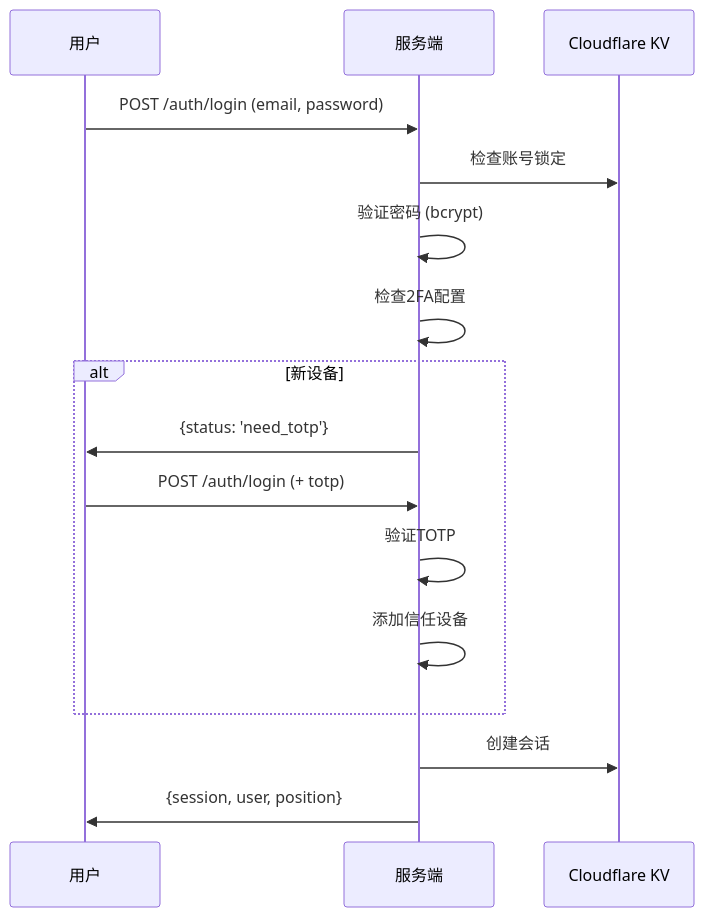
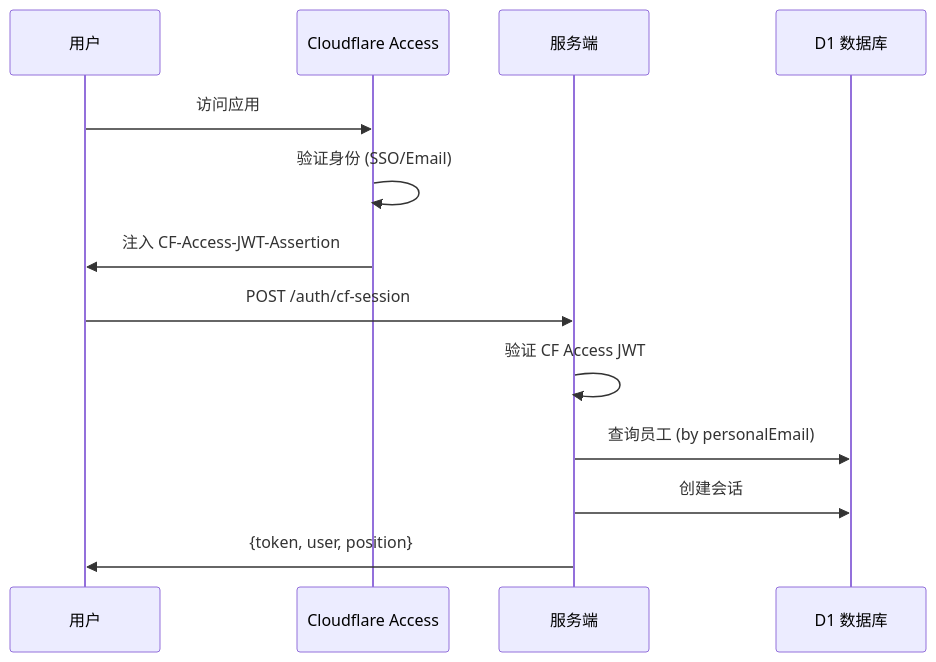
Before and after one commit to bingyizhou6u/caiwu: the diagram in docs/backend/security.md, drawn with Mermaid. The commit also changed other lines of this file and 50 other files, not shown here.

First line of the commit message:
refactor: remove legacy authentication system (password/TOTP/activation)

````diff
--- a/docs/backend/security.md
+++ b/docs/backend/security.md
@@ -11,19 +13,16 @@
 ```mermaid
 sequenceDiagram
     participant U as 用户
+    participant CF as Cloudflare Access
     participant S as 服务端
-    participant KV as Cloudflare KV
+    participant D1 as D1 数据库
     
-    U->>S: POST /auth/login (email, password)
-    S->>KV: 检查账号锁定
-    S->>S: 验证密码 (bcrypt)
-    S->>S: 检查2FA配置
-    alt 新设备
-        S->>U: {status: 'need_totp'}
-        U->>S: POST /auth/login (+ totp)
-        S->>S: 验证TOTP
-        S->>S: 添加信任设备
-    end
-    S->>KV: 创建会话
-    S->>U: {session, user, position}
+    U->>CF: 访问应用
+    CF->>CF: 验证身份 (SSO/Email)
+    CF->>U: 注入 CF-Access-JWT-Assertion
+    U->>S: POST /auth/cf-session
+    S->>S: 验证 CF Access JWT
+    S->>D1: 查询员工 (by personalEmail)
+    S->>D1: 创建会话
+    S->>U: {token, user, position}
 ```
````
